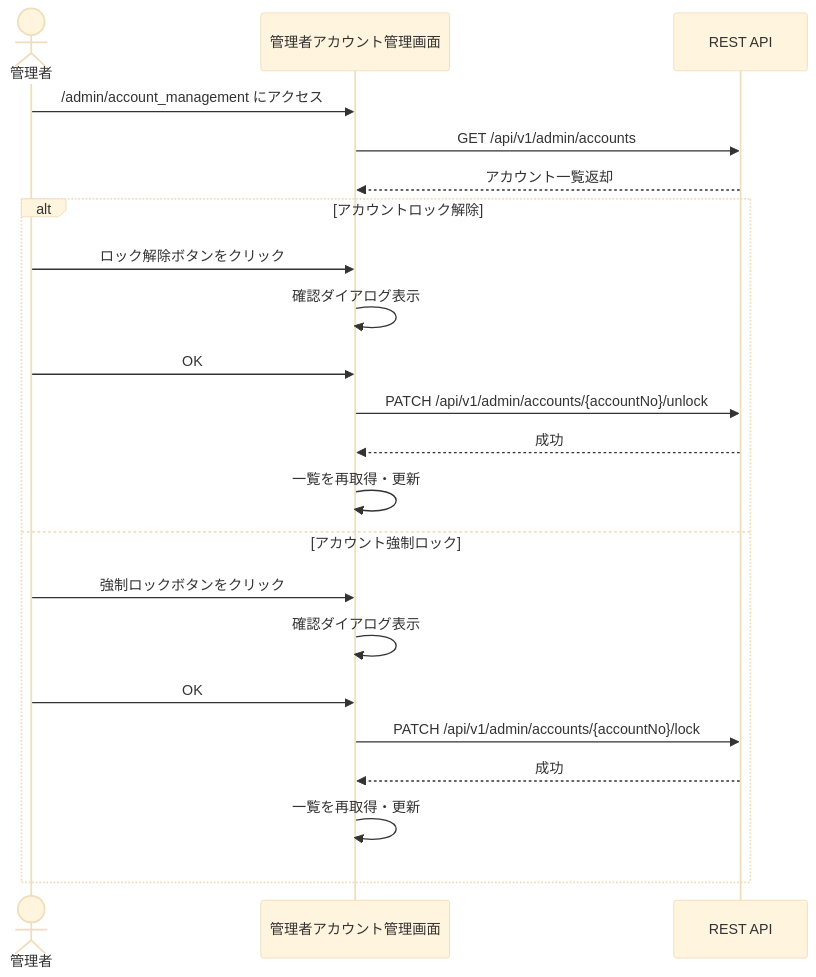
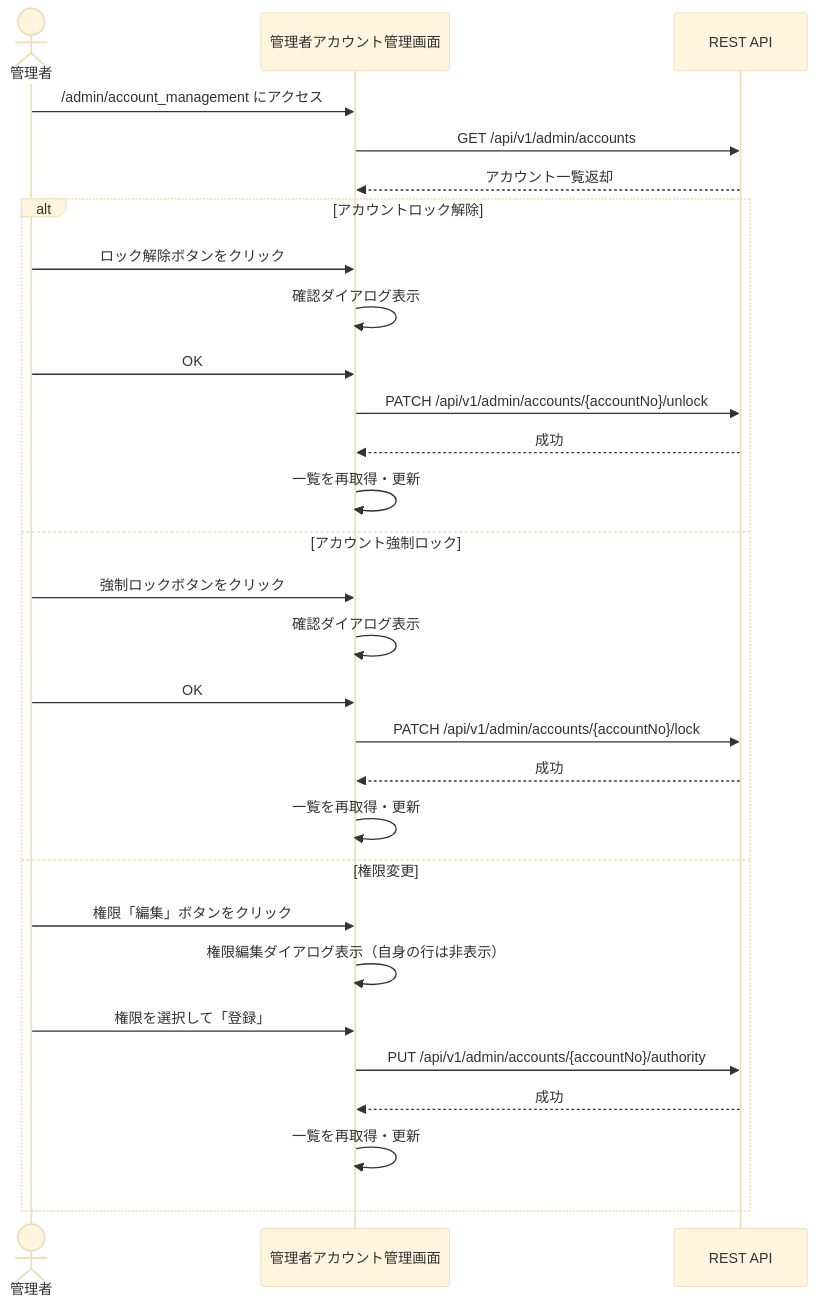
The seventh of 7 diagrams in doc/view/screen-transition.md (KentoKodama214/WebGallery), drawn with Mermaid (base theme) before and after one commit. The commit also changed other lines of this file and 26 other files, not shown here.

````diff
--- a/doc/view/screen-transition.md
+++ b/doc/view/screen-transition.md
@@ -220,26 +220,33 @@
 ```mermaid
 sequenceDiagram
     actor Admin as 管理者
     participant Management as 管理者アカウント管理画面
     participant API as REST API
 
     Admin->>Management: /admin/account_management にアクセス
     Management->>API: GET /api/v1/admin/accounts
     API-->>Management: アカウント一覧返却
 
     alt アカウントロック解除
         Admin->>Management: ロック解除ボタンをクリック
         Management->>Management: 確認ダイアログ表示
         Admin->>Management: OK
         Management->>API: PATCH /api/v1/admin/accounts/{accountNo}/unlock
         API-->>Management: 成功
         Management->>Management: 一覧を再取得・更新
     else アカウント強制ロック
         Admin->>Management: 強制ロックボタンをクリック
         Management->>Management: 確認ダイアログ表示
         Admin->>Management: OK
         Management->>API: PATCH /api/v1/admin/accounts/{accountNo}/lock
         API-->>Management: 成功
         Management->>Management: 一覧を再取得・更新
+    else 権限変更
+        Admin->>Management: 権限「編集」ボタンをクリック
+        Management->>Management: 権限編集ダイアログ表示（自身の行は非表示）
+        Admin->>Management: 権限を選択して「登録」
+        Management->>API: PUT /api/v1/admin/accounts/{accountNo}/authority
+        API-->>Management: 成功
+        Management->>Management: 一覧を再取得・更新
     end
 ```
````
